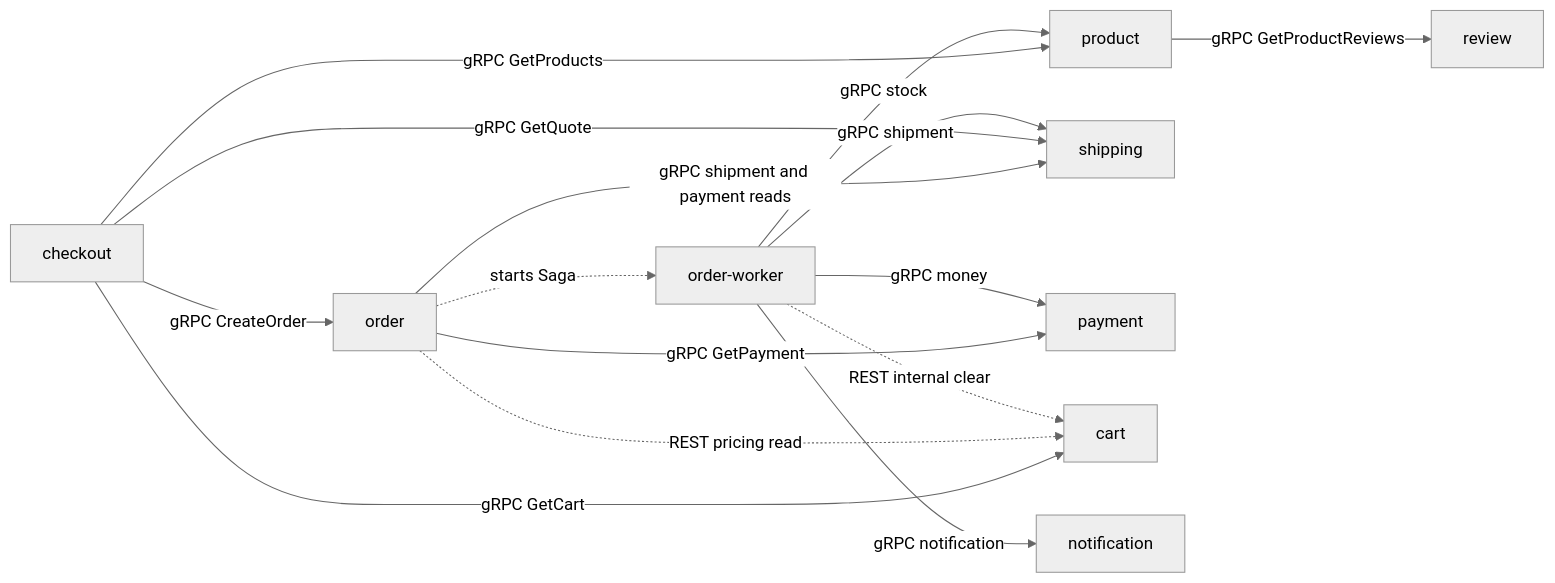
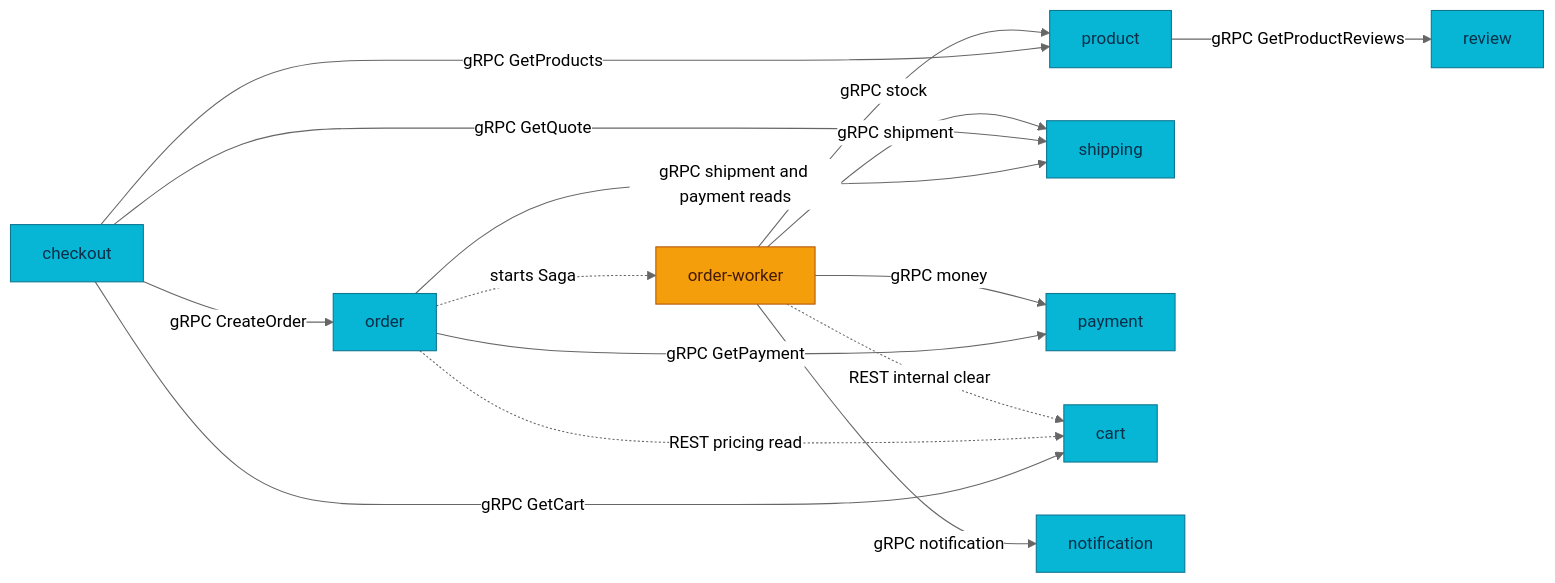
One commit to duynhlab/homelab changed the second of 2 diagrams in docs/api/microservices.md. Above: the diagram before and after it, drawn with Mermaid (neutral theme). The commit also changed other lines of this file and 15 other files, not shown here.

First line of the commit message:
Improve API architecture diagrams (#513)

````diff
--- a/docs/api/microservices.md
+++ b/docs/api/microservices.md
@@ -291,17 +322,22 @@
 ```mermaid
 flowchart LR
     PROD[product] -->|gRPC GetProductReviews| REV[review]
     ORD[order] -->|gRPC shipment and payment reads| SHIP[shipping]
     ORD -->|gRPC GetPayment| PAY[payment]
     CHECK[checkout] -->|gRPC GetCart| CART[cart]
     CHECK -->|gRPC GetProducts| PROD
     CHECK -->|gRPC GetQuote| SHIP
     CHECK -->|gRPC CreateOrder| ORD
     ORD -.->|starts Saga| WKR[order-worker]
     WKR -->|gRPC stock| PROD
     WKR -->|gRPC shipment| SHIP
     WKR -->|gRPC money| PAY
     WKR -->|gRPC notification| NOTIF[notification]
     ORD -.->|REST pricing read| CART
     WKR -.->|REST internal clear| CART
+
+    classDef service fill:#06b6d4,color:#082f49,stroke:#0e7490;
+    classDef worker fill:#f59e0b,color:#451a03,stroke:#b45309;
+    class PROD,REV,ORD,SHIP,PAY,CHECK,CART,NOTIF service;
+    class WKR worker;
 ```
````
